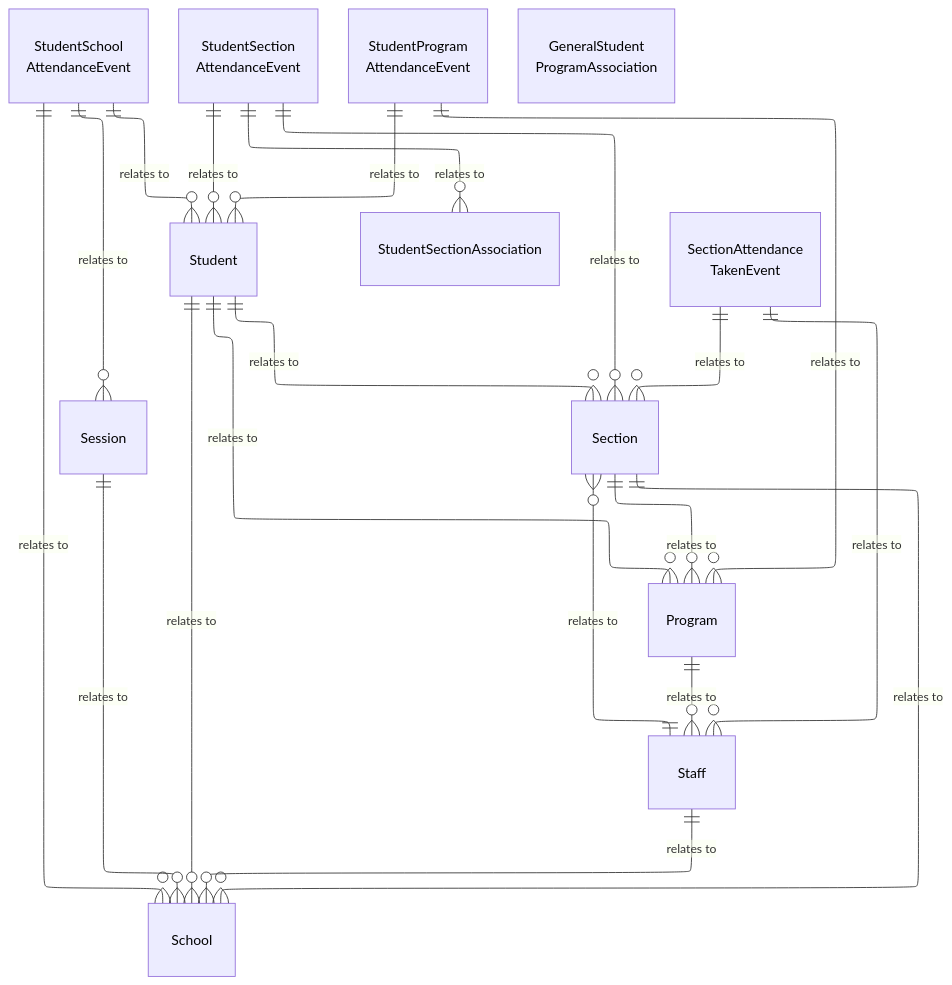
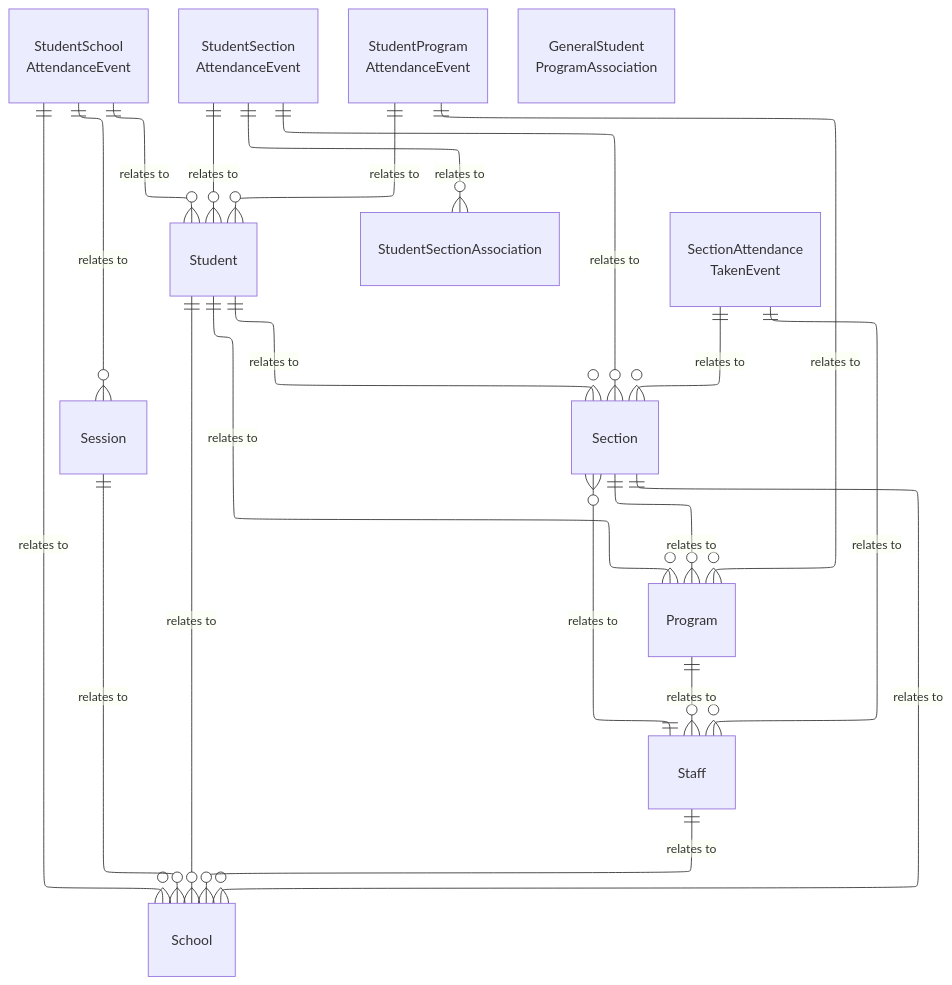
One commit to Ed-Fi-Alliance-OSS/ed-fi-alliance-oss.github.io changed the diagram in dataStandard_versioned_docs/version-6/model-reference/student-attendance-domain/model-diagrams.md. Above: the diagram before and after it, drawn with Mermaid. The commit also changed 24 other files, not shown here.

````diff
--- a/dataStandard_versioned_docs/version-6/model-reference/student-attendance-domain/model-diagrams.md
+++ b/dataStandard_versioned_docs/version-6/model-reference/student-attendance-domain/model-diagrams.md
@@ -10,62 +10,50 @@
 ```mermaid
 ---
 config:
   layout: elk
 ---
 erDiagram
     Student {
     }
     StudentSchoolAttendanceEvent["StudentSchool<br/>AttendanceEvent"] {
     }
     StudentSectionAttendanceEvent["StudentSection<br/>AttendanceEvent"] {
     }
     StudentProgramAttendanceEvent["StudentProgram<br/>AttendanceEvent"] {
     }
     StudentSectionAssociation {
     }
     GeneralStudentProgramAssociation["GeneralStudent<br/>ProgramAssociation"] {
     }
     SectionAttendanceTakenEvent["SectionAttendance<br/>TakenEvent"] {
     }
     Session {
     }
     Section {
     }
     Program {
     }
     School {
     }
     Staff {
     }
     StudentSchoolAttendanceEvent ||--o{ Student : "relates to"
     StudentSchoolAttendanceEvent ||--o{ School : "relates to"
     StudentSchoolAttendanceEvent ||--o{ Session : "relates to"
     StudentSectionAttendanceEvent ||--o{ Student : "relates to"
     StudentSectionAttendanceEvent ||--o{ Section : "relates to"
     StudentSectionAttendanceEvent ||--o{ StudentSectionAssociation : "relates to"
     StudentProgramAttendanceEvent ||--o{ Student : "relates to"
     StudentProgramAttendanceEvent ||--o{ Program : "relates to"
     SectionAttendanceTakenEvent ||--o{ Section : "relates to"
     SectionAttendanceTakenEvent ||--o{ Staff : "relates to"
     Student ||--o{ School : "relates to"
     Student ||--o{ Section : "relates to"
     Student ||--o{ Program : "relates to"
     Session ||--o{ School : "relates to"
     Section ||--o{ School : "relates to"
     Section ||--o{ Program : "relates to"
     Program ||--o{ Staff : "relates to"
     Staff ||--o{ School : "relates to"
     Staff ||--o{ Section : "relates to"
-    style Student color:#000000
-    style StudentSchoolAttendanceEvent color:#000000
-    style StudentSectionAttendanceEvent color:#000000
-    style StudentProgramAttendanceEvent color:#000000
-    style StudentSectionAssociation color:#000000
-    style GeneralStudentProgramAssociation color:#000000
-    style SectionAttendanceTakenEvent color:#000000
-    style Session color:#000000
-    style Section color:#000000
-    style Program color:#000000
-    style School color:#000000
-    style Staff color:#000000
 ```
````
